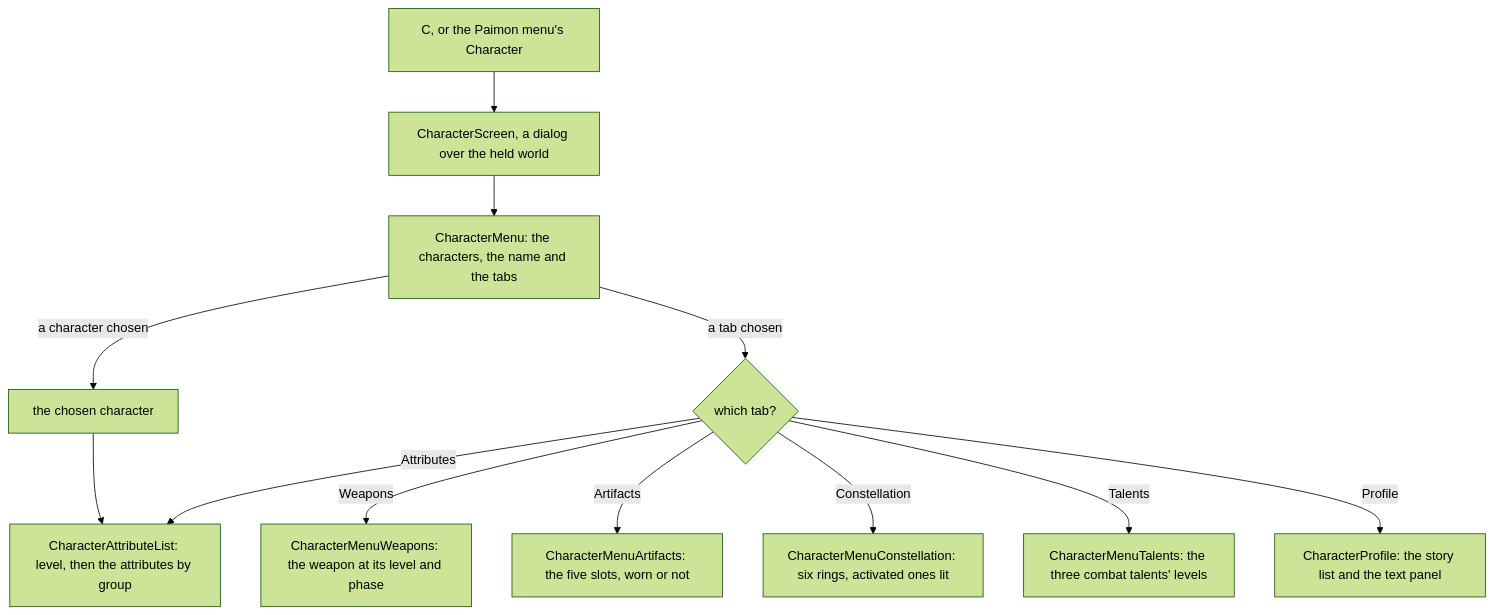
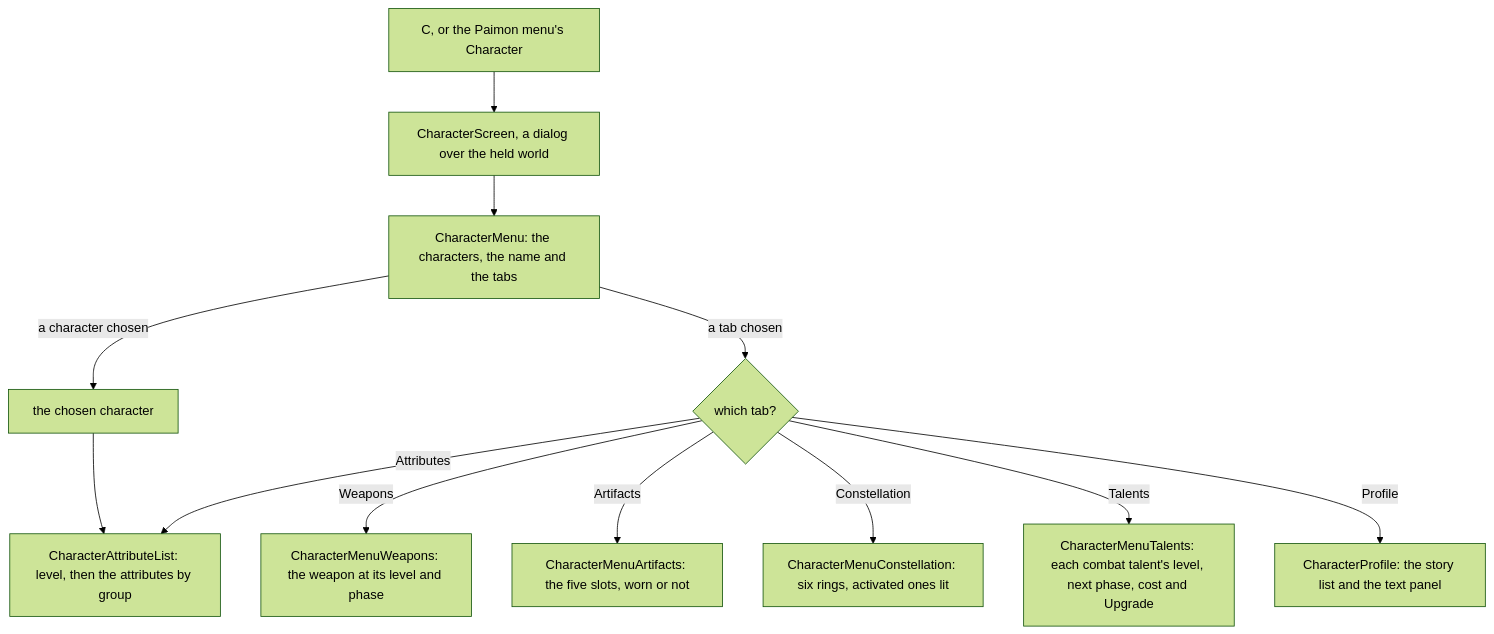
One commit to Esposter/Esposter changed the diagram in openspec/specs/genshin/character-screen/design.md. Above: the diagram before and after it, drawn with Mermaid (forest theme). The commit also changed other lines of this file and 17 other files, not shown here.

First line of the commit message:
feat(genshin-world): the Talents tab shows each combat talent's next level and presses its upgrade

````diff
--- a/openspec/specs/genshin/character-screen/design.md
+++ b/openspec/specs/genshin/character-screen/design.md
@@ -7,14 +7,14 @@
 ```mermaid
 flowchart TD
   C["C, or the Paimon menu's Character"] --> SCREEN["CharacterScreen, a dialog over the held world"]
   SCREEN --> MENU["CharacterMenu: the characters, the name and the tabs"]
   MENU -->|"a character chosen"| CHOSEN["the chosen character"]
   MENU -->|"a tab chosen"| TAB{"which tab?"}
   TAB -->|Attributes| LIST["CharacterAttributeList: level, then the attributes by group"]
   TAB -->|Weapons| WEAPONS["CharacterMenuWeapons: the weapon at its level and phase"]
   TAB -->|Artifacts| ARTIFACTS["CharacterMenuArtifacts: the five slots, worn or not"]
   TAB -->|Constellation| CONSTELLATIONS["CharacterMenuConstellation: six rings, activated ones lit"]
-  TAB -->|Talents| TALENTS["CharacterMenuTalents: the three combat talents' levels"]
+  TAB -->|Talents| TALENTS["CharacterMenuTalents: each combat talent's level, next phase, cost and Upgrade"]
   TAB -->|Profile| PROFILE["CharacterProfile: the story list and the text panel"]
   CHOSEN --> LIST
 ```
````
